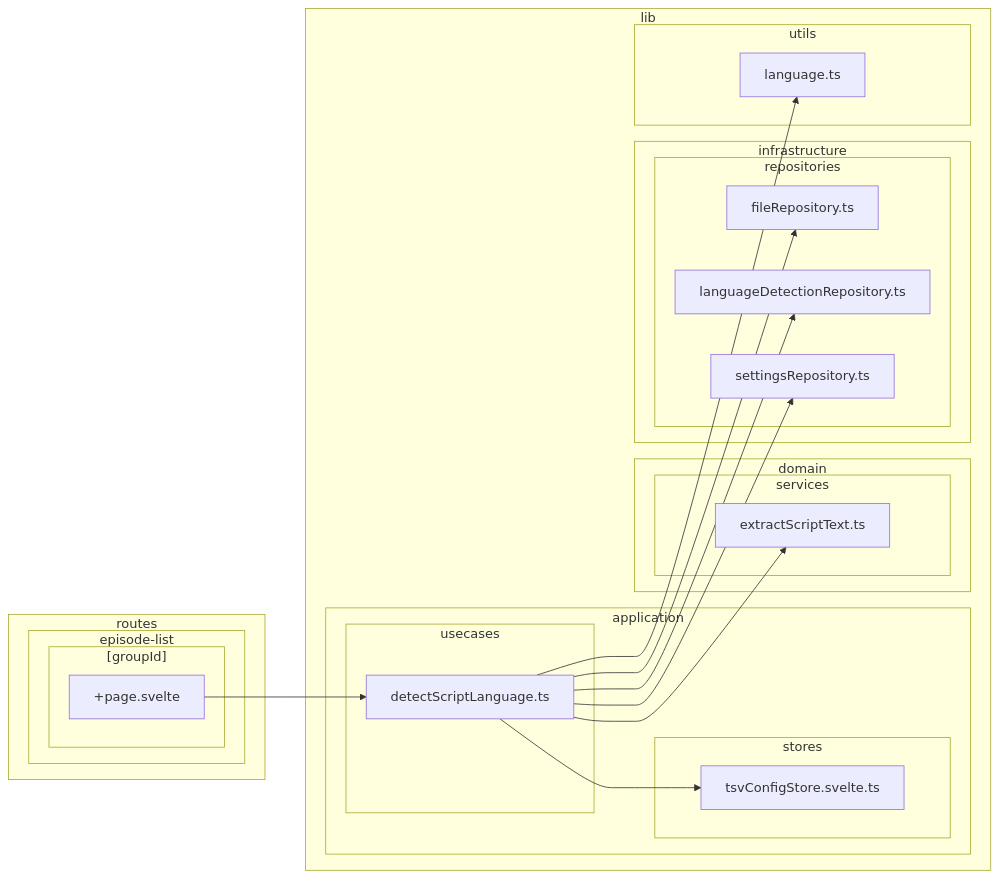
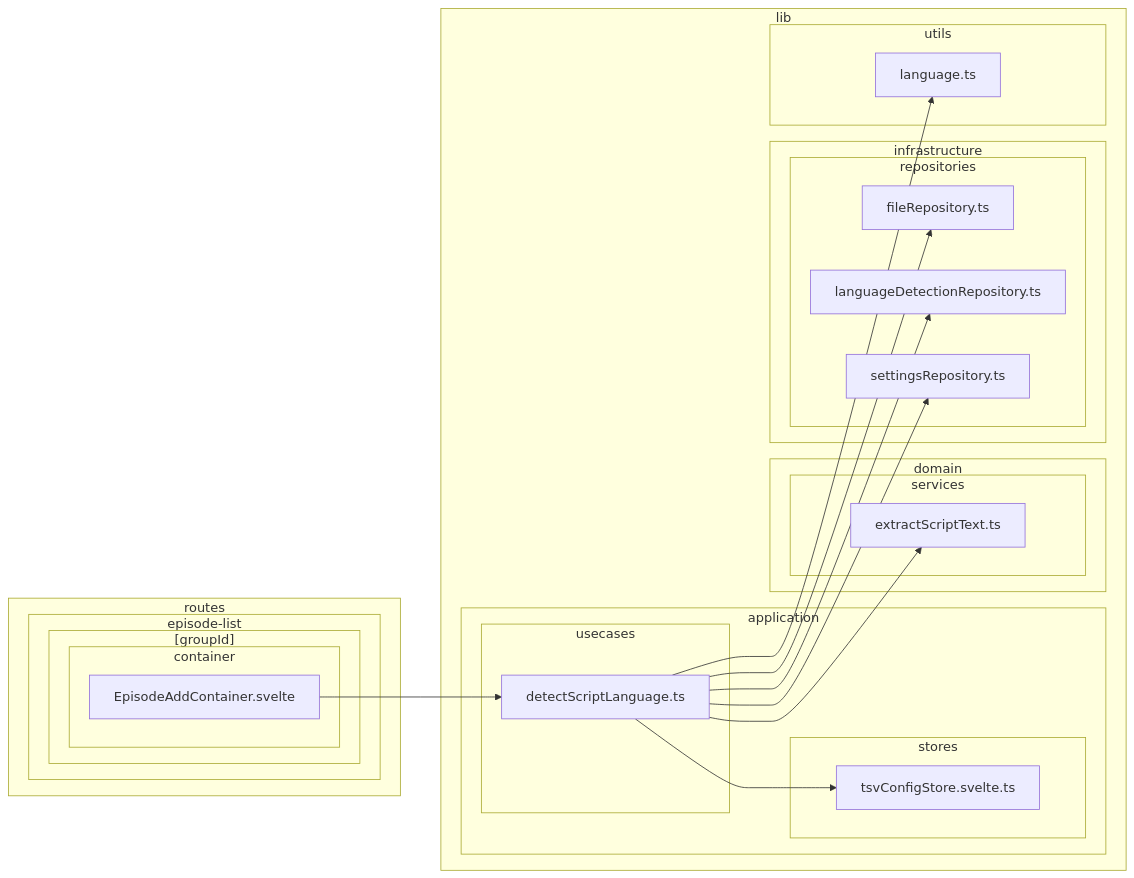
One commit to k5n/kotonoha changed diagram 11 of 38 in doc/dependency-graph.md. Above: the diagram before and after it, drawn with Mermaid. The commit also changed other lines of this file, not shown here.

Commit message:
doc: Update dependency-graph

````diff
--- a/doc/dependency-graph.md
+++ b/doc/dependency-graph.md
@@ -535,42 +545,44 @@
 ```mermaid
 graph LR
         subgraph sg_lib ["lib"]
             subgraph sg_lib_application ["application"]
                 subgraph sg_lib_application_stores ["stores"]
                     src_lib_application_stores_tsvConfigStore_svelte_ts["tsvConfigStore.svelte.ts"]
                 end
                 subgraph sg_lib_application_usecases ["usecases"]
                     src_lib_application_usecases_detectScriptLanguage_ts["detectScriptLanguage.ts"]
                 end
             end
             subgraph sg_lib_domain ["domain"]
                 subgraph sg_lib_domain_services ["services"]
                     src_lib_domain_services_extractScriptText_ts["extractScriptText.ts"]
                 end
             end
             subgraph sg_lib_infrastructure ["infrastructure"]
                 subgraph sg_lib_infrastructure_repositories ["repositories"]
                     src_lib_infrastructure_repositories_fileRepository_ts["fileRepository.ts"]
                     src_lib_infrastructure_repositories_languageDetectionRepository_ts["languageDetectionRepository.ts"]
                     src_lib_infrastructure_repositories_settingsRepository_ts["settingsRepository.ts"]
                 end
             end
             subgraph sg_lib_utils ["utils"]
                 src_lib_utils_language_ts["language.ts"]
             end
         end
         subgraph sg_routes ["routes"]
             subgraph sg_routes_episode_list ["episode-list"]
                 subgraph sg_routes_episode_list__groupId_ ["[groupId]"]
-                    src_routes_episode_list__groupId___page_svelte["+page.svelte"]
+                    subgraph sg_routes_episode_list__groupId__container ["container"]
+                        src_routes_episode_list__groupId__container_EpisodeAddContainer_svelte["EpisodeAddContainer.svelte"]
+                    end
                 end
             end
         end
     src_lib_application_usecases_detectScriptLanguage_ts --> src_lib_application_stores_tsvConfigStore_svelte_ts
     src_lib_application_usecases_detectScriptLanguage_ts --> src_lib_domain_services_extractScriptText_ts
     src_lib_application_usecases_detectScriptLanguage_ts --> src_lib_infrastructure_repositories_fileRepository_ts
     src_lib_application_usecases_detectScriptLanguage_ts --> src_lib_infrastructure_repositories_languageDetectionRepository_ts
     src_lib_application_usecases_detectScriptLanguage_ts --> src_lib_infrastructure_repositories_settingsRepository_ts
     src_lib_application_usecases_detectScriptLanguage_ts --> src_lib_utils_language_ts
-    src_routes_episode_list__groupId___page_svelte --> src_lib_application_usecases_detectScriptLanguage_ts
+    src_routes_episode_list__groupId__container_EpisodeAddContainer_svelte --> src_lib_application_usecases_detectScriptLanguage_ts
 ```
````
